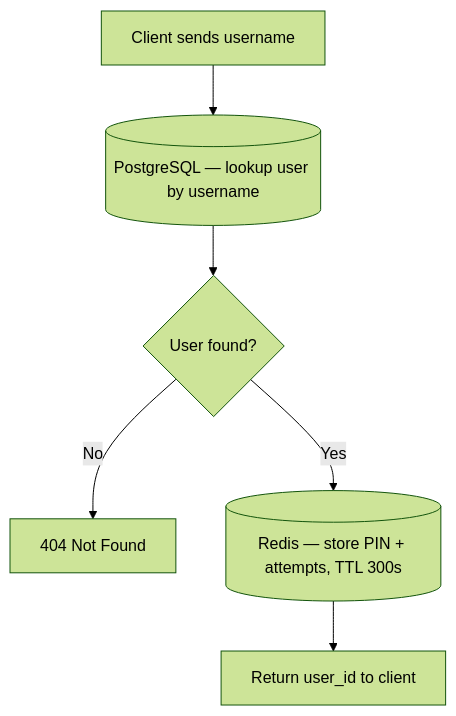
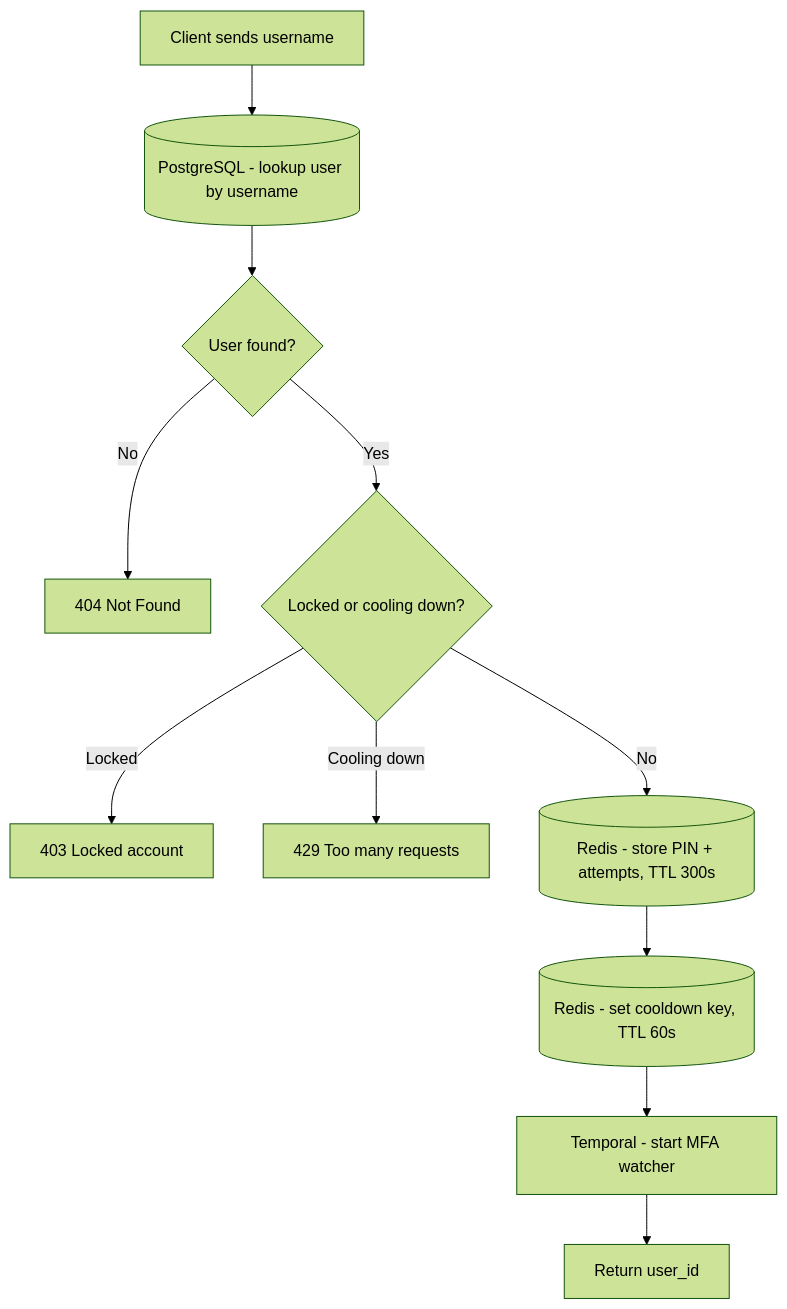
Before and after one commit to muhammadhussnainsaeed/bootcamp-2026-mfa-gate: the second of 5 diagrams in docs/architecture.md, drawn with Mermaid (forest theme). The commit also changed other lines of this file and 3 other files, not shown here.

````diff
--- a/docs/architecture.md
+++ b/docs/architecture.md
@@ -44,8 +40,13 @@
 ```mermaid
 flowchart TD
-    L1[Client sends username] --> L2[(PostgreSQL — lookup user by username)]
+    L1[Client sends username] --> L2[(PostgreSQL - lookup user by username)]
     L2 --> L3{User found?}
     L3 -- No --> L4[404 Not Found]
-    L3 -- Yes --> L5[(Redis — store PIN + attempts, TTL 300s)]
-    L5 --> L6[Return user_id to client]
+    L3 -- Yes --> L5{Locked or cooling down?}
+    L5 -- Locked --> L6[403 Locked account]
+    L5 -- Cooling down --> L7[429 Too many requests]
+    L5 -- No --> L8[(Redis - store PIN + attempts, TTL 300s)]
+    L8 --> L9[(Redis - set cooldown key, TTL 60s)]
+    L9 --> L10[Temporal - start MFA watcher]
+    L10 --> L11[Return user_id]
 ```
````
